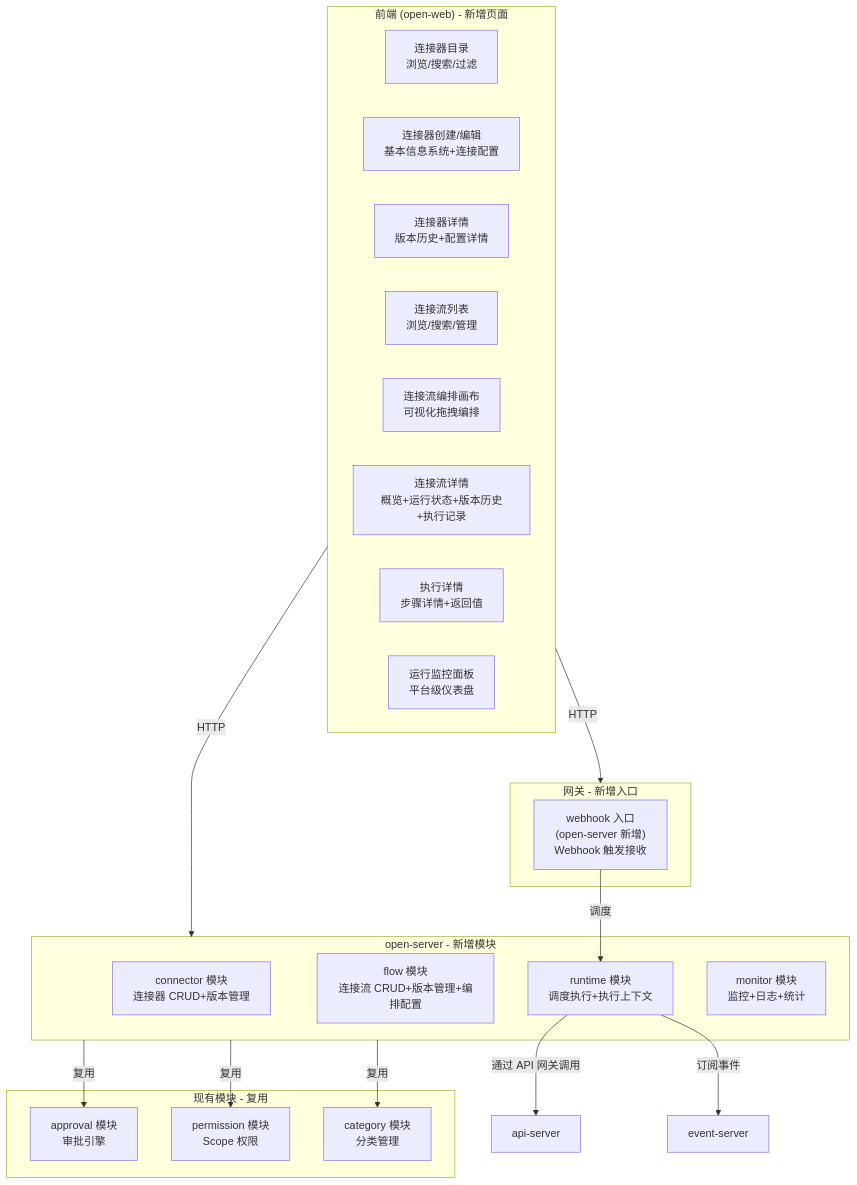
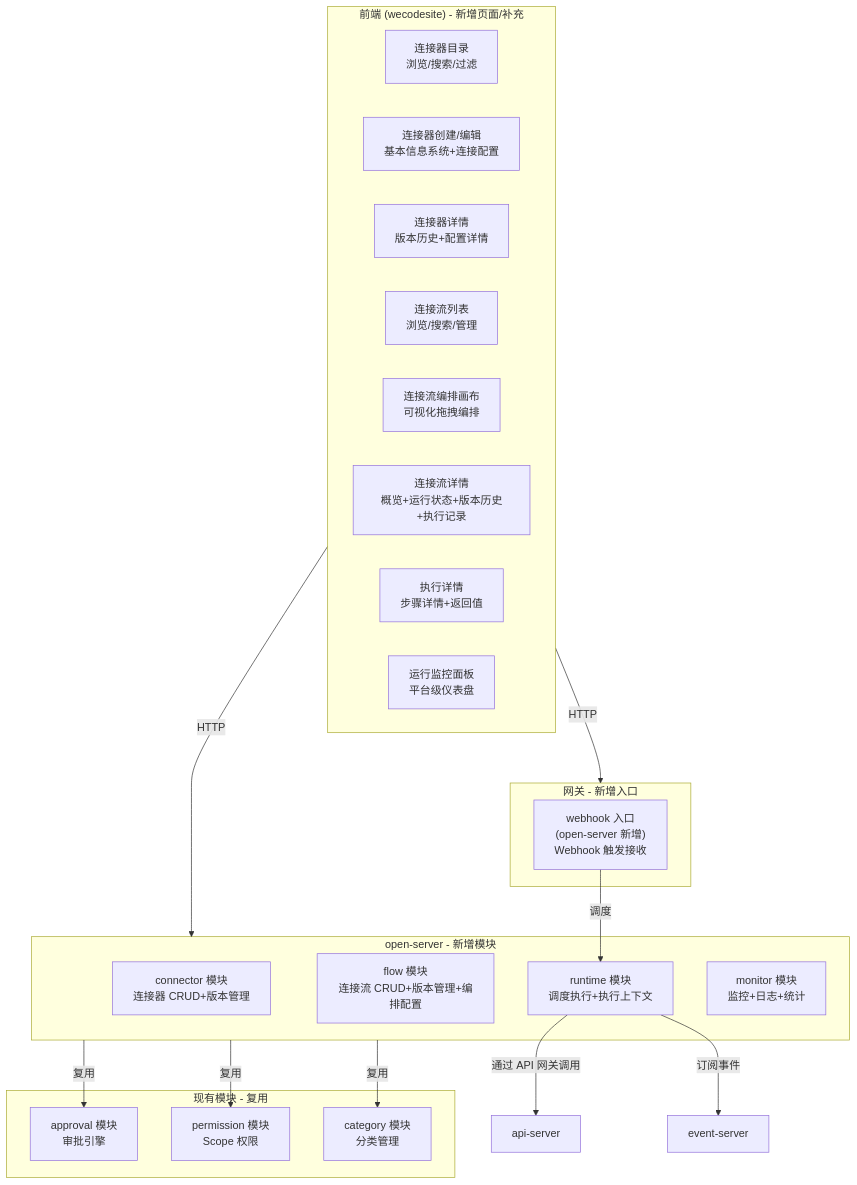
One commit to THZSummer/open-app changed the second of 4 diagrams in .sddu/specs-tree-root/specs-tree-connector-platform/plan.md. Above: the diagram before and after it, drawn with Mermaid. The commit also changed other lines of this file and 1 other file, not shown here.

First line of the commit message:
feat: update frontend project ref from open-web to wecodesite

````diff
--- a/.sddu/specs-tree-root/specs-tree-connector-platform/plan.md
+++ b/.sddu/specs-tree-root/specs-tree-connector-platform/plan.md
@@ -51,39 +115,39 @@
 ```mermaid
 graph TB
-    subgraph Front["前端 (open-web) - 新增页面"]
+    subgraph Front["前端 (wecodesite) - 新增页面/补充"]
         ConnDir["连接器目录\n浏览/搜索/过滤"]
         ConnForm["连接器创建/编辑\n基本信息系统+连接配置"]
         ConnDetail["连接器详情\n版本历史+配置详情"]
         FlowList["连接流列表\n浏览/搜索/管理"]
         FlowCanvas["连接流编排画布\n可视化拖拽编排"]
         FlowDetail["连接流详情\n概览+运行状态+版本历史+执行记录"]
         ExecDetail["执行详情\n步骤详情+返回值"]
         Monitor["运行监控面板\n平台级仪表盘"]
     end
 
     subgraph Backend["open-server - 新增模块"]
         Connector["connector 模块\n连接器 CRUD+版本管理"]
         Flow["flow 模块\n连接流 CRUD+版本管理+编排配置"]
         Runtime["runtime 模块\n调度执行+执行上下文"]
         MonitorModule["monitor 模块\n监控+日志+统计"]
     end
 
     subgraph Gateway["网关 - 新增入口"]
         WebhookGW["webhook 入口\n(open-server 新增)\nWebhook 触发接收"]
     end
 
     subgraph Existing["现有模块 - 复用"]
         Approval["approval 模块\n审批引擎"]
         Permission["permission 模块\nScope 权限"]
         Category["category 模块\n分类管理"]
     end
 
     Front -->|HTTP| Backend
     Front -->|HTTP| Gateway
     Backend -->|复用| Approval
     Backend -->|复用| Permission
     Backend -->|复用| Category
     Runtime -->|通过 API 网关调用| api-server
     Runtime -->|订阅事件| event-server
     WebhookGW -->|调度| Runtime
 ```
````
